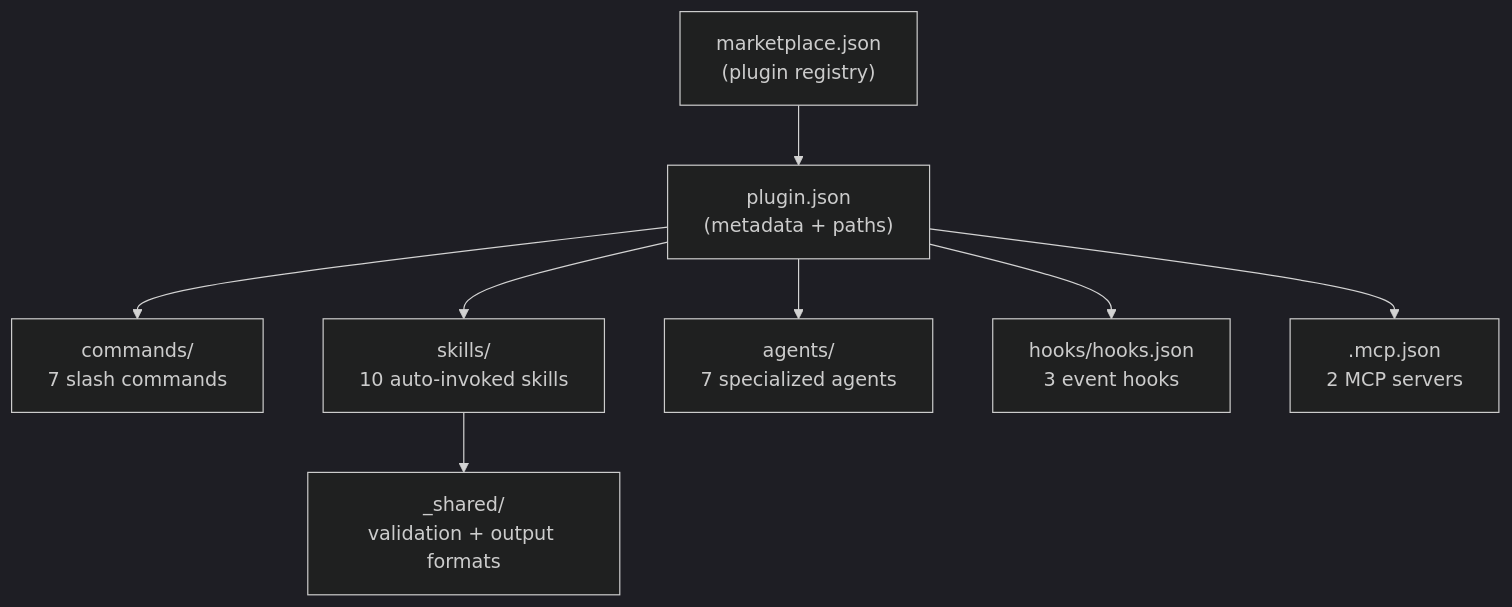
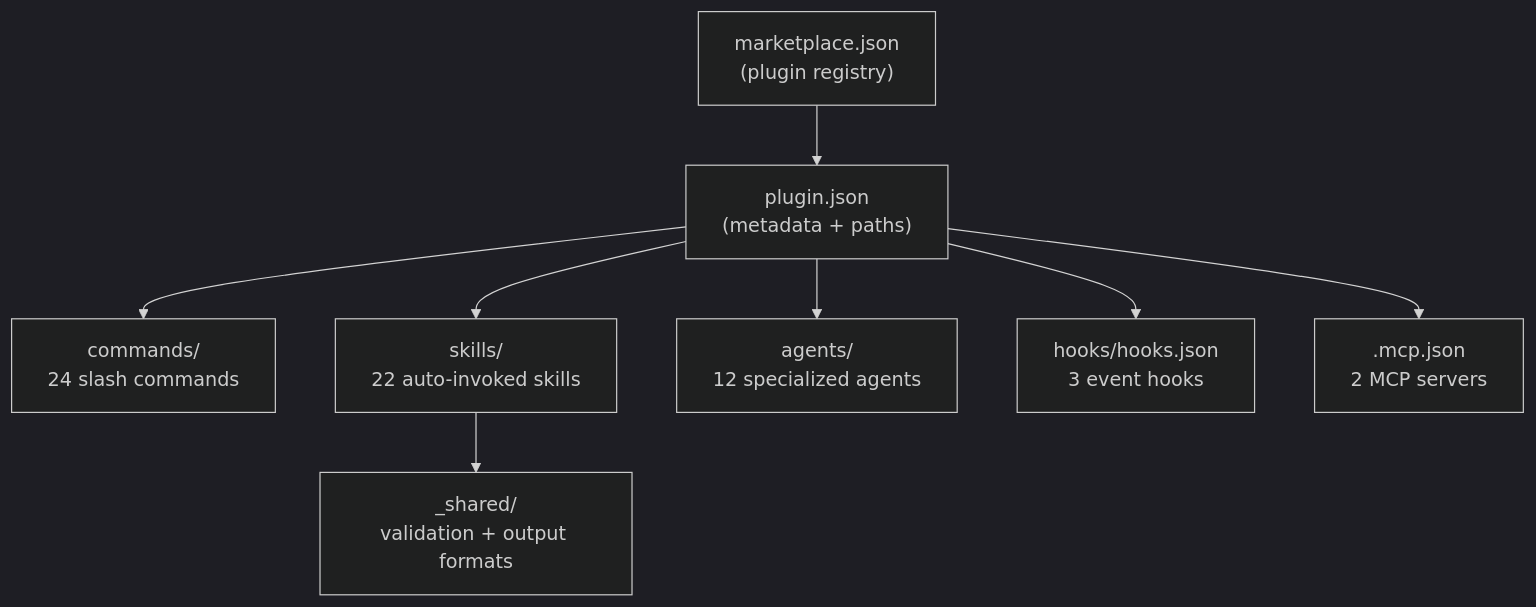
The first of 4 diagrams in ARCHITECTURE.md (Brite-Nites/britenites-claude-plugins), drawn with Mermaid (dark theme) before and after one commit. The commit also changed other lines of this file and 14 other files, not shown here.

````diff
--- a/ARCHITECTURE.md
+++ b/ARCHITECTURE.md
@@ -7,10 +7,10 @@
 ```mermaid
 graph TD
     MP["marketplace.json<br/>(plugin registry)"] --> PJ["plugin.json<br/>(metadata + paths)"]
-    PJ --> CMD["commands/<br/>7 slash commands"]
-    PJ --> SKL["skills/<br/>10 auto-invoked skills"]
-    PJ --> AGT["agents/<br/>7 specialized agents"]
+    PJ --> CMD["commands/<br/>24 slash commands"]
+    PJ --> SKL["skills/<br/>22 auto-invoked skills"]
+    PJ --> AGT["agents/<br/>12 specialized agents"]
     PJ --> HK["hooks/hooks.json<br/>3 event hooks"]
     PJ --> MCP[".mcp.json<br/>2 MCP servers"]
     SKL --> SH["_shared/<br/>validation + output formats"]
 ```
````
